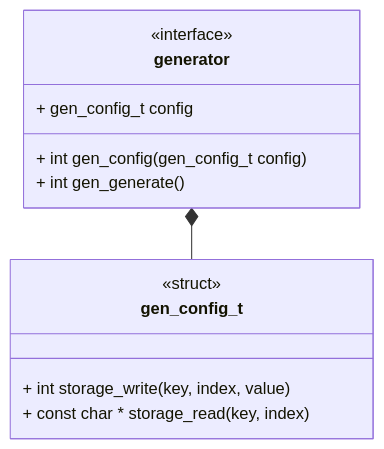
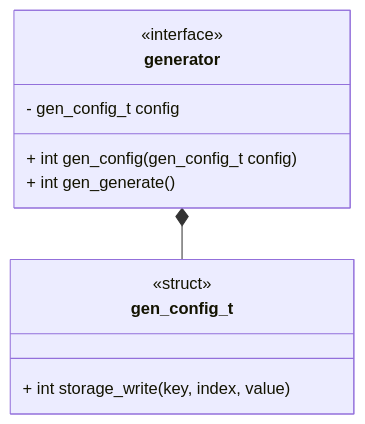
One commit to Uiowa-Applied-Topology/tanglenomicon_core_libraries changed the first of 2 diagrams in docs/unit_description/generator-interface.md. Above: the diagram before and after it, drawn with Mermaid. The commit also changed other lines of this file and 82 other files, not shown here.

````diff
--- a/docs/unit_description/generator-interface.md
+++ b/docs/unit_description/generator-interface.md
@@ -3,18 +3,17 @@
 ```mermaid
 classDiagram
     generator *-- gen_config_t
     class generator {
         <<interface>>
-        + gen_config_t config
+        - gen_config_t config
         + int gen_config(gen_config_t config)
         + int gen_generate()
     }
 
     class gen_config_t {
         <<struct>>
         + int storage_write(key, index, value)
-        + const char * storage_read(key, index)
     }
 
 
 ```
````
